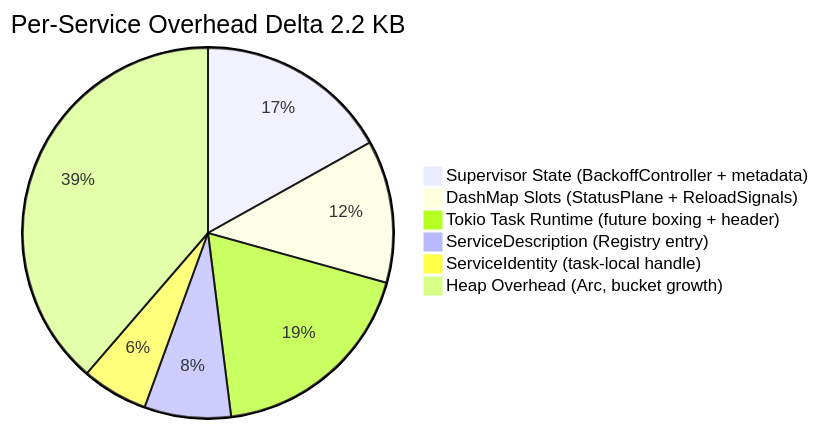
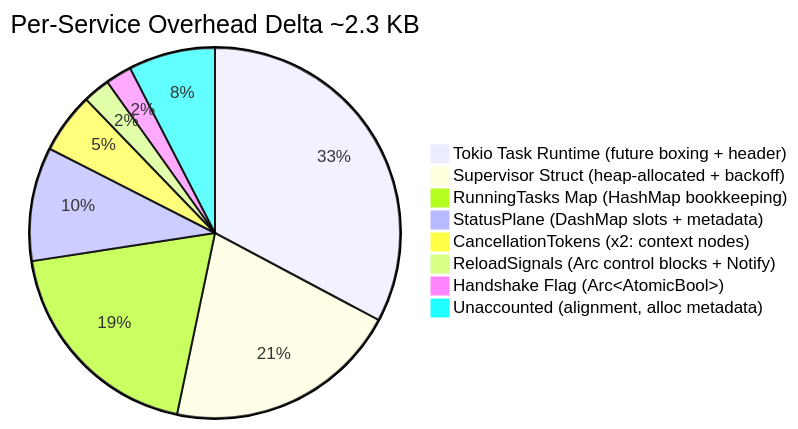
One commit to loft-games/service-daemon-rs changed the third of 3 diagrams in docs/architecture/performance-benchmarks.md. Above: the diagram before and after it, drawn with Mermaid. The commit also changed other lines of this file and 6 other files, not shown here.

````diff
--- a/docs/architecture/performance-benchmarks.md
+++ b/docs/architecture/performance-benchmarks.md
@@ -108,9 +159,11 @@
 ```mermaid
-pie title Per-Service Overhead Delta 2.2 KB
-"Supervisor State (BackoffController + metadata)" : 380
-"DashMap Slots (StatusPlane + ReloadSignals)" : 280
-"Tokio Task Runtime (future boxing + header)" : 420
-"ServiceDescription (Registry entry)" : 170
-"ServiceIdentity (task-local handle)" : 130
-"Heap Overhead (Arc, bucket growth)" : 870
+pie title Per-Service Overhead Delta ~2.3 KB
+"Tokio Task Runtime (future boxing + header)" : 459
+"Supervisor Struct (heap-allocated + backoff)" : 287
+"RunningTasks Map (HashMap bookkeeping)" : 270
+"StatusPlane (DashMap slots + metadata)" : 139
+"CancellationTokens (x2: context nodes)" : 74
+"ReloadSignals (Arc control blocks + Notify)" : 33
+"Handshake Flag (Arc<AtomicBool>)" : 32
+"Unaccounted (alignment, alloc metadata)" : 106
 ```
````
